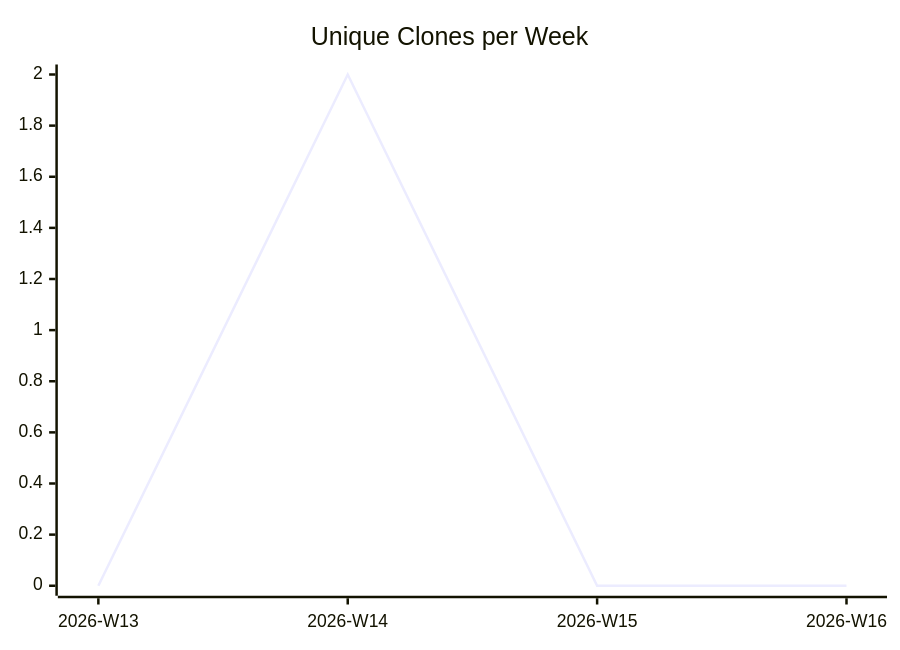
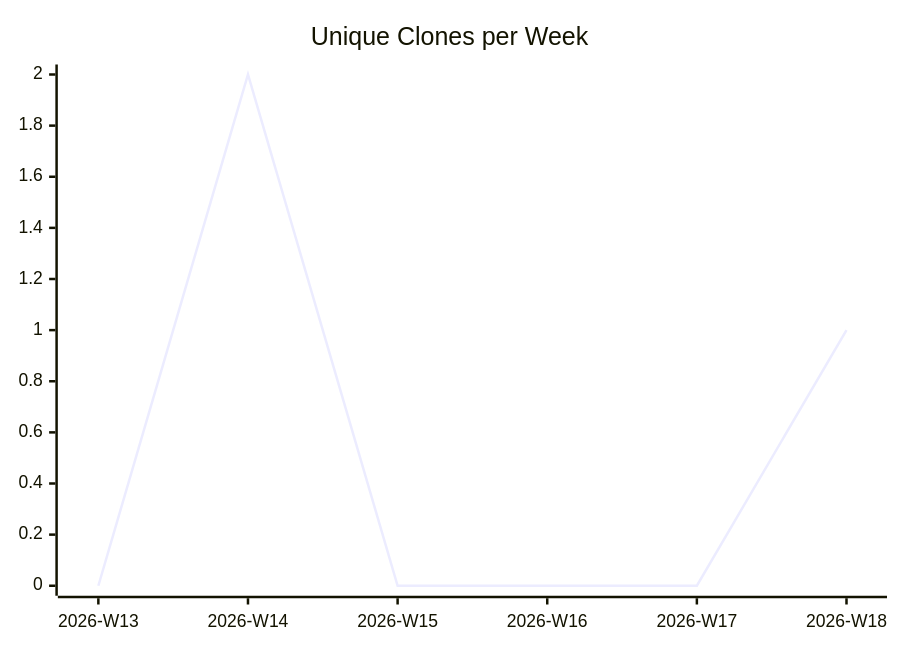
Before and after one commit to justdavis-family/github-analytics-data: the third of 3 diagrams in karlmdavis/ldap-plugin/README.md, drawn with Mermaid. The commit also changed other lines of this file and 187 other files, not shown here.

````diff
--- a/karlmdavis/ldap-plugin/README.md
+++ b/karlmdavis/ldap-plugin/README.md
@@ -19,6 +19,6 @@
 ```mermaid
 xychart-beta
   title "Unique Clones per Week"
-  x-axis ["2026-W13", "2026-W14", "2026-W15", "2026-W16"]
-  line [0, 2, 0, 0]
+  x-axis ["2026-W13", "2026-W14", "2026-W15", "2026-W16", "2026-W17", "2026-W18"]
+  line [0, 2, 0, 0, 0, 1]
 ```
````
